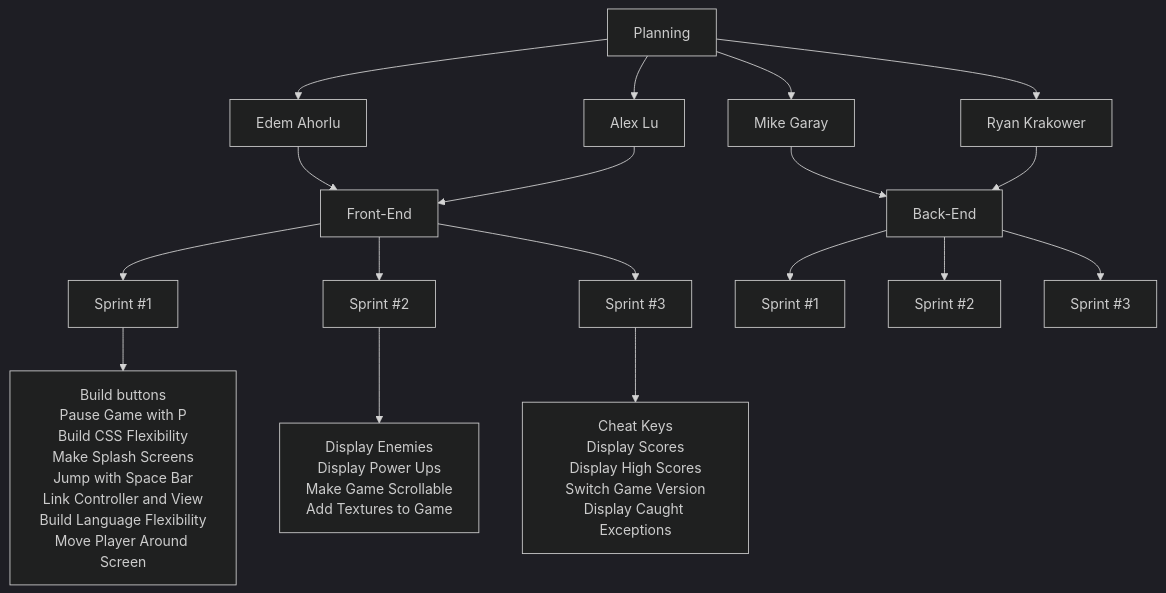
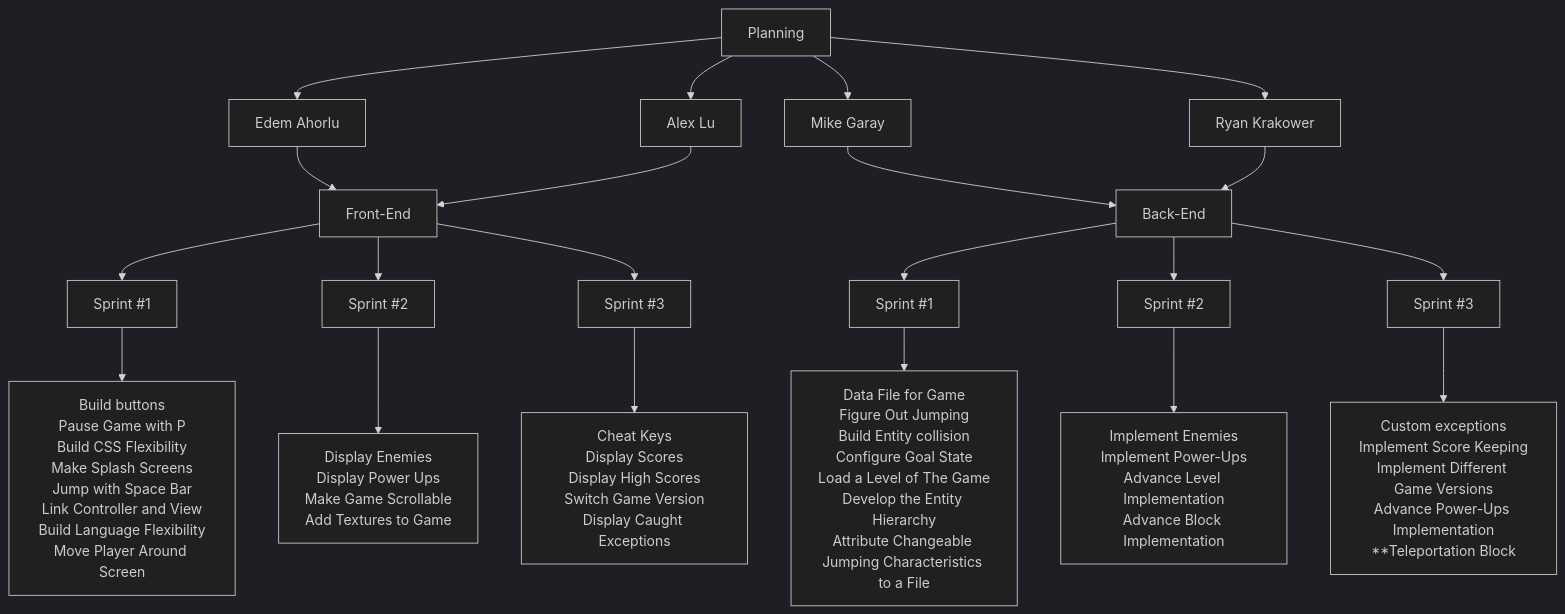
One commit to mgaray99/final_team02 changed the second of 2 diagrams in doc/presentation1/presentationFile.md. Above: the diagram before and after it, drawn with Mermaid (dark theme). The commit also changed other lines of this file, not shown here.

````diff
--- a/doc/presentation1/presentationFile.md
+++ b/doc/presentation1/presentationFile.md
@@ -31,21 +31,25 @@
 ```mermaid
 graph TD;
   Planning-->Edem[Edem Ahorlu]
   Planning-->Alex[Alex Lu]
   Planning-->Mike[Mike Garay]
   Planning-->Ryan[Ryan Krakower]
   Edem[Edem Ahorlu]-->FrontEnd[Front-End]
   Alex[Alex Lu]-->FrontEnd[Front-End]
   Mike[Mike Garay]-->BackEnd[Back-End]
   Ryan[Ryan Krakower]-->BackEnd[Back-End]
   FrontEnd[Front-End]-->1[Sprint #1]
   FrontEnd[Front-End]-->2[Sprint #2]
   FrontEnd[Front-End]-->3[Sprint #3]
   BackEnd[Back-End]-->S1[Sprint #1]
   BackEnd[Back-End]-->S2[Sprint #2]
   BackEnd[Back-End]-->S3[Sprint #3]
   1[Sprint #1]-->F1[Build buttons<br/>Pause Game with P<br/>Build CSS Flexibility<br/>Make Splash Screens<br/>Jump with Space Bar<br/>Link Controller and View<br/>Build Language Flexibility<br/>Move Player Around Screen]
   2[Sprint #2]-->F2[Display Enemies<br/>Display Power Ups<br/>Make Game Scrollable<br/>Add Textures to Game]
   3[Sprint #3]-->F3[Cheat Keys<br/>Display Scores<br/>Display High Scores<br/>Switch Game Version<br/>Display Caught Exceptions]
+  S1[Sprint #1]-->FT1[Data File for Game<br/>Figure Out Jumping<br/>Build Entity collision<br/>Configure Goal State<br/>Load a Level of The Game<br/>Develop the Entity Hierarchy<br/>Attribute Changeable Jumping Characteristics to a File]
+  S2[Sprint #2]-->FT2[Implement Enemies<br/>Implement Power-Ups<br/>Advance Level Implementation<br/>Advance Block Implementation]
+  S3[Sprint #3]-->FT3[Custom exceptions<br/>Implement Score Keeping<br/>Implement Different Game Versions<br/>Advance Power-Ups Implementation<br/>**Teleportation Block]
+  
 
 ```
````
